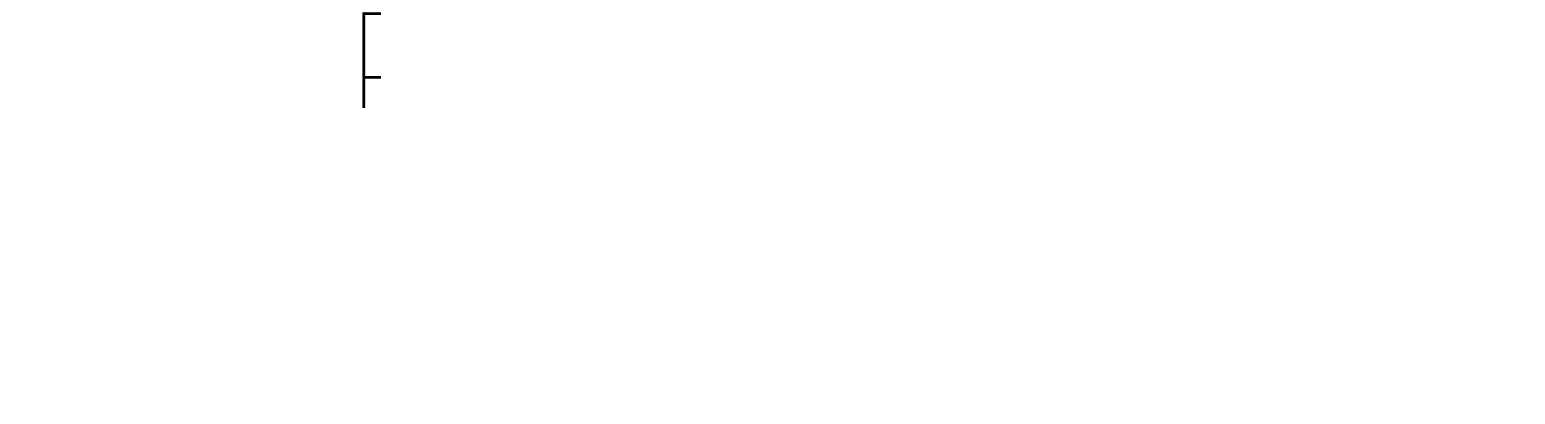
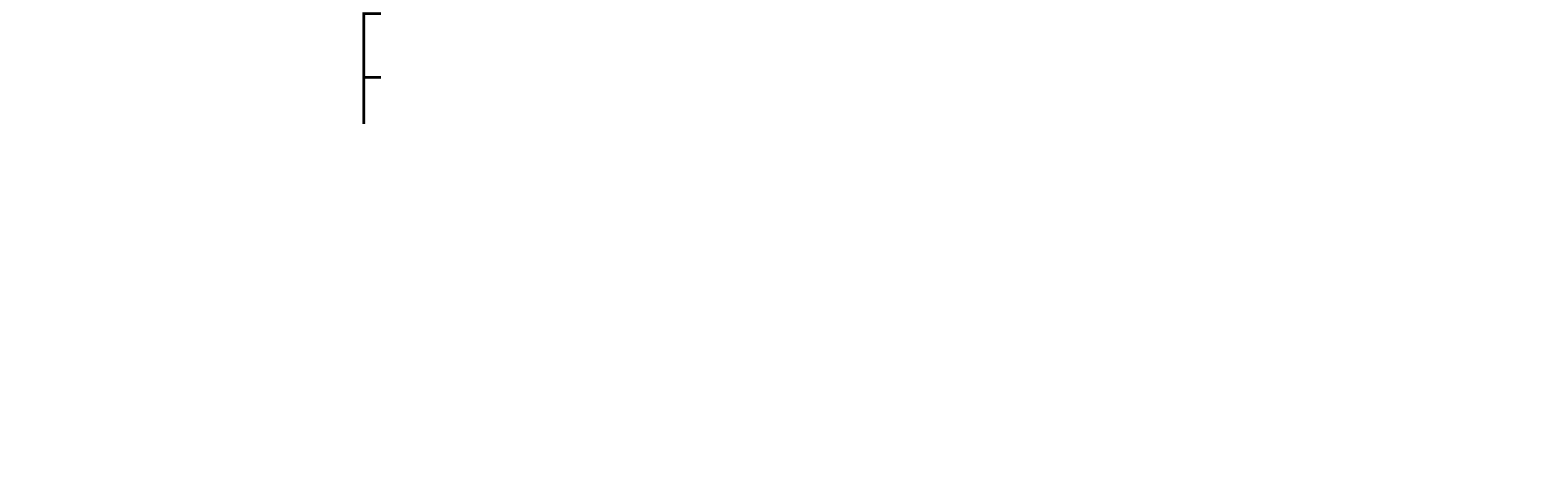
The diagram in doc/src/ressources/table_capteur.dot (gravitezero/VxWorks-Driver), drawn with Graphviz before and after one commit. The commit also changed 13 other files, not shown here.

```diff
--- a/doc/src/ressources/table_capteur.dot
+++ b/doc/src/ressources/table_capteur.dot
@@ -1,21 +1,21 @@
 digraph table_capteur {
 		
 	graph [
 		fontsize = 11.5;
 		dpi = 300;
 	]
 	
 	"table_capt" [
 		headlabel = "truc"
 		label = "{table_capt|{<capt0> 0| 1| 2| 3| 4| 5| 6| 7| 8| 9| 10| 11| 12| 13| 14}}"
 		shape = "record"
 	]
 
 	"specific_t" [
-		label = "specific_t|{char name[NAME_SIZE];| EtatCapteur state; | int address;}"
+		label = "{DEV_HDR|{specific_t|{char name[NAME_SIZE];| EtatCapteur state; | int address;}}}"
 		shape = "record"
 	]
 
 	table_capt:capt0 -> specific_t	
 
 }
```
